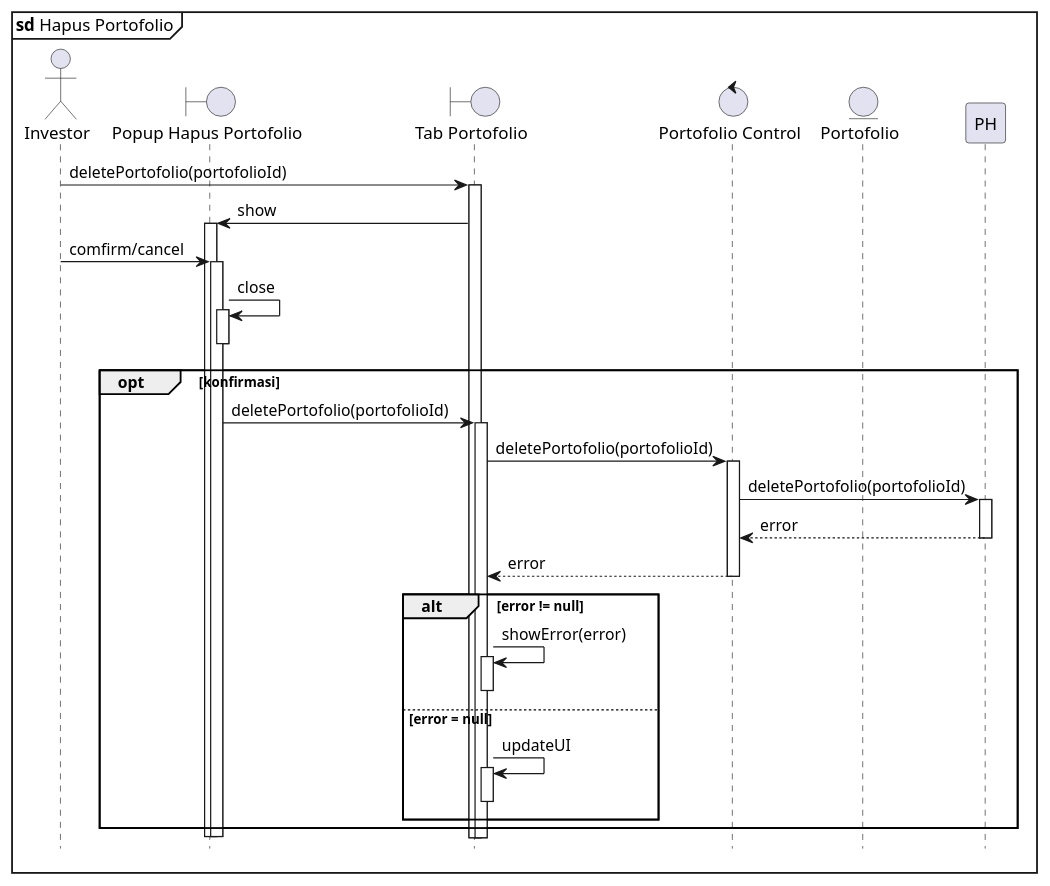
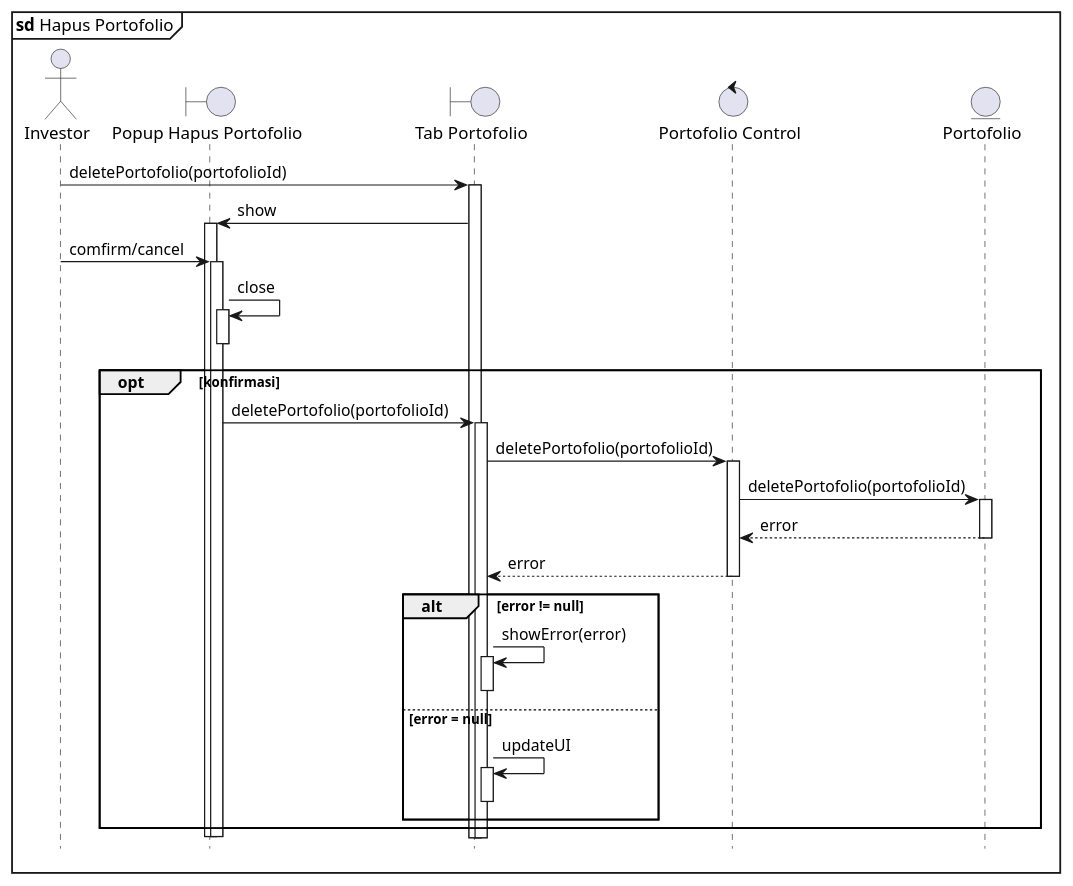
Before and after one commit to clarestarahma/manajemen-investasi: the diagram in sequence/hapus-portofolio.puml, drawn with PlantUML. The commit also changed 1 other file, not shown here.

```diff
--- a/sequence/hapus-portofolio.puml
+++ b/sequence/hapus-portofolio.puml
@@ -1,43 +1,43 @@
 @startuml Sequence
 
 skinparam maxMessageSize 250
 
 hide footbox
 autoactivate on
 
 mainframe **sd** Hapus Portofolio
 
 actor Investor as I
 boundary "Popup Hapus Portofolio" as PHP
 boundary "Tab Portofolio" as TP
 control "Portofolio Control" as PC
 entity "Portofolio" as P
 
 I -> TP : deletePortofolio(portofolioId)
 TP -> PHP : show
 
 I -> PHP : comfirm/cancel
 
 PHP -> PHP : close
 deactivate PHP
 
 opt konfirmasi
   PHP -> TP : deletePortofolio(portofolioId)
   TP -> PC : deletePortofolio(portofolioId)
-  PC -> PH : deletePortofolio(portofolioId)
-  PH --> PC : error
+  PC -> P : deletePortofolio(portofolioId)
+  P --> PC : error
   PC --> TP : error
 
   alt error != null
     TP -> TP : showError(error)
     deactivate TP
   else error = null
     TP -> TP : updateUI
     deactivate TP
   end
 end
 
 deactivate PHP
 deactivate PHP
 
 @enduml
```
